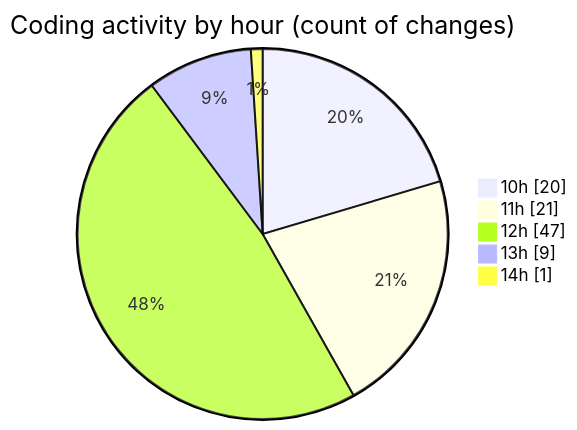
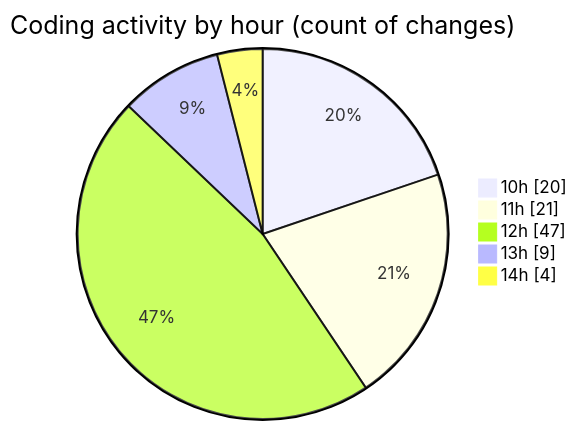
The second of 2 diagrams in 2025-05-20/cda/README.md (momahboobian/code-tracking), drawn with Mermaid before and after one commit. The commit also changed other lines of this file and 1 other file, not shown here.

````diff
--- a/2025-05-20/cda/README.md
+++ b/2025-05-20/cda/README.md
@@ -47,9 +47,9 @@
 ```mermaid
 pie showData
 title Coding activity by hour (count of changes)
 "10h" : 20
 "11h" : 21
 "12h" : 47
 "13h" : 9
-"14h" : 1
+"14h" : 4
 ```
````
